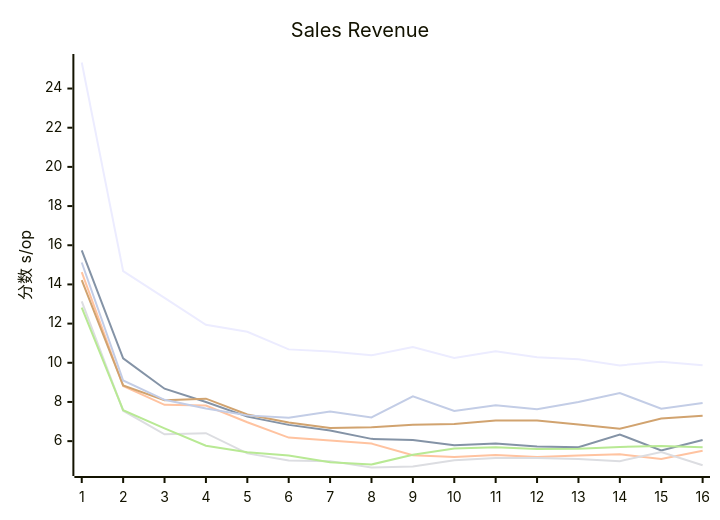
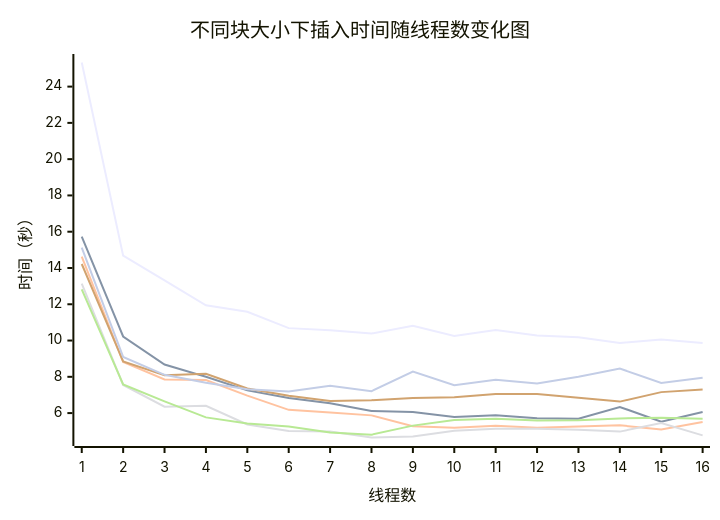
One commit to lsq27/lsq27.github.io changed the first of 2 diagrams in source/_posts/2024/bulk-insert.md. Above: the diagram before and after it, drawn with Mermaid. The commit also changed other lines of this file, not shown here.

````diff
--- a/source/_posts/2024/bulk-insert.md
+++ b/source/_posts/2024/bulk-insert.md
@@ -248,20 +248,20 @@
 ```mermaid
 xychart-beta
-    title "Sales Revenue"
-    x-axis [1,2,3,4,5,6,7,8,9,10,11,12,13,14,15,16]
-    y-axis "分数 s/op"
+    title "不同块大小下插入时间随线程数变化图"
+    x-axis "线程数" [1,2,3,4,5,6,7,8,9,10,11,12,13,14,15,16]
+    y-axis "时间（秒）"
     %% false 100
     line [25.329,14.679,13.317,11.940,11.584,10.684,10.570,10.384,10.810,10.249,10.584,10.284,10.175,9.865,10.055,9.869]
     %% false 500
     line [15.735,10.224,8.676,8.000,7.252,6.830,6.543,6.116,6.054,5.788,5.885,5.722,5.687,6.337,5.520,6.056]
     %% false 1000
     line [14.628,8.819,7.855,7.818,6.963,6.180,6.038,5.874,5.276,5.190,5.296,5.191,5.261,5.329,5.091,5.513]
     %% false 5000
     line [13.138,7.553,6.351,6.405,5.374,5.013,4.979,4.654,4.705,5.022,5.141,5.139,5.087,4.979,5.446,4.769]
     %% false 10000
     line [12.816,7.580,6.648,5.764,5.428,5.266,4.926,4.808,5.309,5.624,5.684,5.594,5.610,5.702,5.748,5.686]
     %% false 50000
     line [14.219,8.848,8.089,8.169,7.358,6.955,6.665,6.710,6.837,6.869,7.051,7.057,6.845,6.633,7.156,7.301]
     %% false 100000
     line [15.118,9.094,8.108,7.671,7.315,7.192,7.510,7.208,8.290,7.541,7.833,7.632,8.001,8.454,7.659,7.951]
 ```
````
